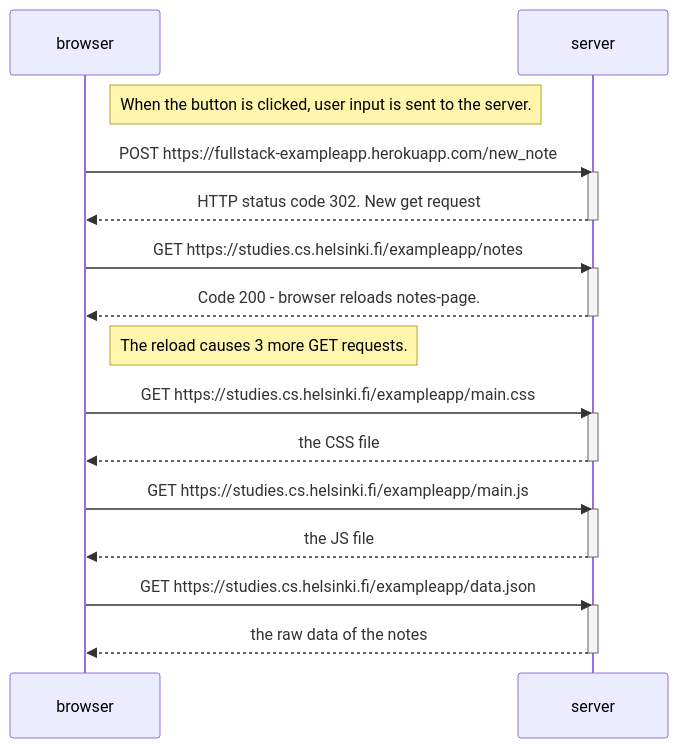
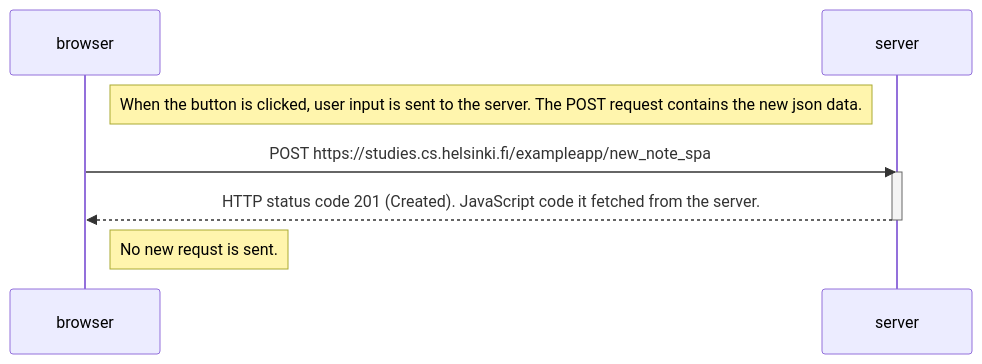
The diagram in part0/Sequence_d0.5_spa.md (EmCarlss/UHelsinki_full_stack_open), drawn with Mermaid before and after one commit.

````diff
--- a/part0/Sequence_d0.5_spa.md
+++ b/part0/Sequence_d0.5_spa.md
@@ -2,35 +2,12 @@
 ```mermaid
 sequenceDiagram
     participant browser
     participant server
 
-    Note right of browser: When the button is clicked, user input is sent to the server.
-    browser->>server: POST https://fullstack-exampleapp.herokuapp.com/new_note
+    Note right of browser: When the button is clicked, user input is sent to the server. The POST request contains the new json data.
+    browser->>server: POST https://studies.cs.helsinki.fi/exampleapp/new_note_spa
     activate server
-    server-->>browser: HTTP status code 302. New get request
+    server-->>browser: HTTP status code 201 (Created). JavaScript code it fetched from the server.
     deactivate server
-
-    
-    browser->>server: GET https://studies.cs.helsinki.fi/exampleapp/notes
-    activate server
-    server-->>browser: Code 200 - browser reloads notes-page.
-    deactivate server
-
-    Note right of browser: The reload causes 3 more GET requests.
-
-    browser->>server: GET https://studies.cs.helsinki.fi/exampleapp/main.css
-    activate server
-    server-->>browser: the CSS file
-    deactivate server
-
-    browser->>server: GET https://studies.cs.helsinki.fi/exampleapp/main.js
-    activate server
-    server-->>browser: the JS file
-    deactivate server
-
-    browser->>server: GET https://studies.cs.helsinki.fi/exampleapp/data.json
-    activate server
-    server-->>browser: the raw data of the notes
-    deactivate server
-
+    Note right of browser: No new requst is sent.
 ```
````
